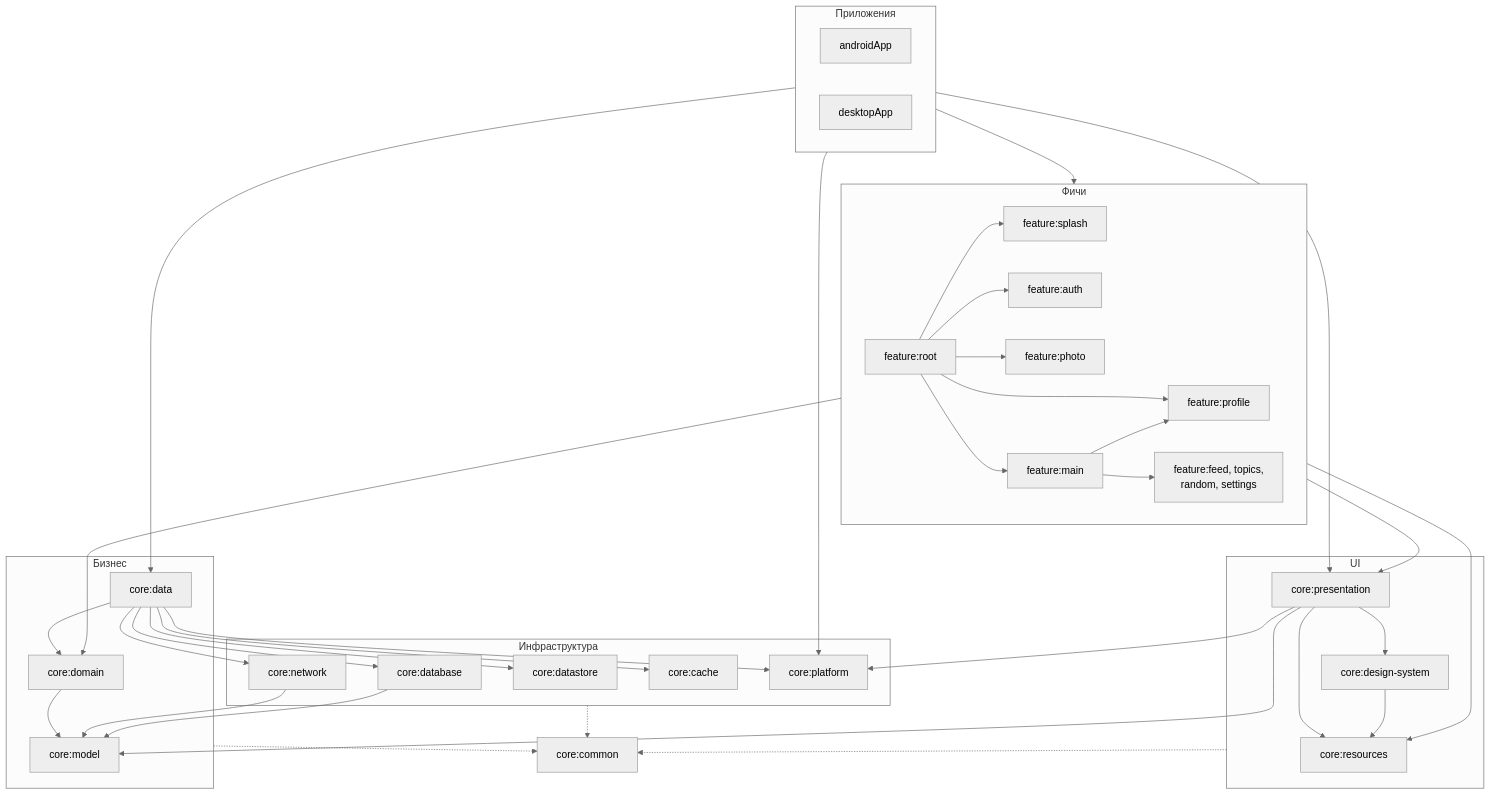
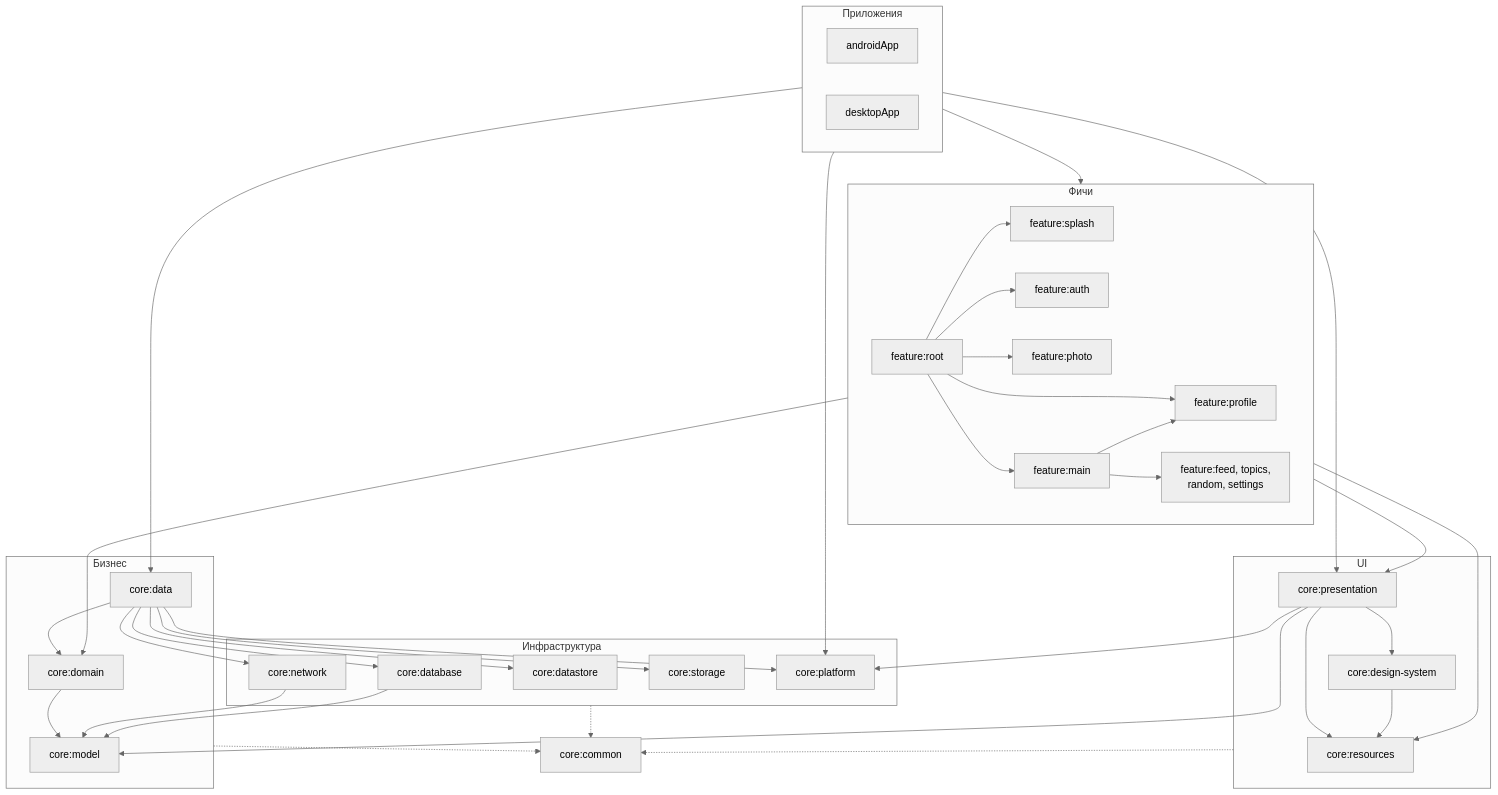
Before and after one commit to KimoTeru/Wallify: the diagram in docs/architecture/overview.md, drawn with Mermaid (neutral theme). The commit also changed other lines of this file and 18 other files, not shown here.

Commit message:
Rename core:cache to core:storage and move Coil networking to the apps

````diff
--- a/docs/architecture/overview.md
+++ b/docs/architecture/overview.md
@@ -34,71 +34,71 @@
 ```mermaid
 flowchart TB
     subgraph apps["Приложения"]
         androidApp
         desktopApp
     end
 
     subgraph features["Фичи"]
         root["feature:root"]
         main["feature:main"]
         splash["feature:splash"]
         auth["feature:auth"]
         photo["feature:photo"]
         profile["feature:profile"]
         tabs["feature:feed, topics,<br/>random, settings"]
     end
 
     subgraph ui["UI"]
         presentation["core:presentation"]
         designSystem["core:design-system"]
         resources["core:resources"]
     end
 
     subgraph business["Бизнес"]
         domain["core:domain"]
         data["core:data"]
         model["core:model"]
     end
 
     subgraph infra["Инфраструктура"]
         network["core:network"]
         database["core:database"]
         datastore["core:datastore"]
-        cache["core:cache"]
+        storage["core:storage"]
         platform["core:platform"]
     end
 
     common["core:common"]
 
     apps --> features
     apps --> data
     apps --> platform
     apps --> presentation
     root --> splash
     root --> auth
     root --> photo
     root --> profile
     root --> main
     main --> profile
     main --> tabs
     features --> presentation
     features --> domain
     presentation --> designSystem
     presentation --> resources
     presentation --> model
     designSystem --> resources
     features --> resources
     presentation --> platform
     domain --> model
     data --> domain
     data --> network
     network --> model
     database --> model
     data --> database
     data --> datastore
-    data --> cache
+    data --> storage
     data --> platform
     infra -.-> common
     business -.-> common
     ui -.-> common
 ```
````
